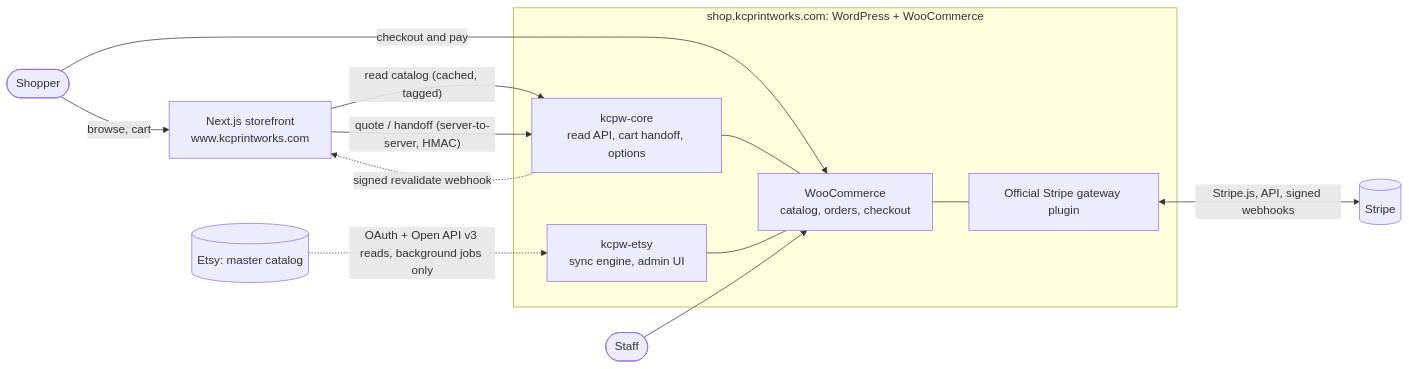
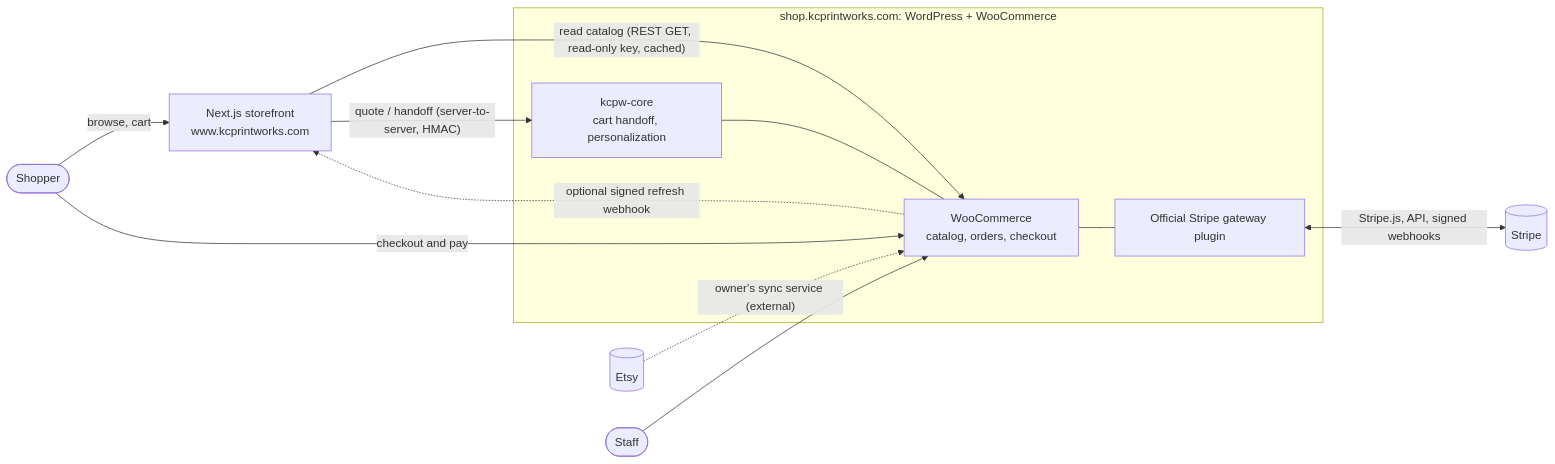
One commit to cyberbandit1998/KcPrintworks changed the first of 2 diagrams in docs/ARCHITECTURE.md. Above: the diagram before and after it, drawn with Mermaid. The commit also changed other lines of this file and 248 other files, not shown here.

````diff
--- a/docs/ARCHITECTURE.md
+++ b/docs/ARCHITECTURE.md
@@ -27,20 +28,18 @@
 ```mermaid
 flowchart LR
   shopper([Shopper]) -->|"browse, cart"| www["Next.js storefront<br/>www.kcprintworks.com"]
-  www -->|"read catalog (cached, tagged)"| core
+  www -->|"read catalog (REST GET, read-only key, cached)"| woo
   www -->|"quote / handoff (server-to-server, HMAC)"| core
   shopper -->|"checkout and pay"| woo
   subgraph shop["shop.kcprintworks.com: WordPress + WooCommerce"]
-    core["kcpw-core<br/>read API, cart handoff, options"]
+    core["kcpw-core<br/>cart handoff, personalization"]
     woo["WooCommerce<br/>catalog, orders, checkout"]
     stripePlugin["Official Stripe gateway plugin"]
-    etsyPlugin["kcpw-etsy<br/>sync engine, admin UI"]
     core --- woo
     woo --- stripePlugin
-    etsyPlugin --- woo
   end
   stripePlugin <-->|"Stripe.js, API, signed webhooks"| stripe[(Stripe)]
-  etsy[("Etsy: master catalog")] -.->|"OAuth + Open API v3 reads, background jobs only"| etsyPlugin
-  core -.->|"signed revalidate webhook"| www
+  etsy[("Etsy")] -.->|"owner's sync service (external)"| woo
+  woo -.->|"optional signed refresh webhook"| www
   staff([Staff]) --> woo
 ```
````
